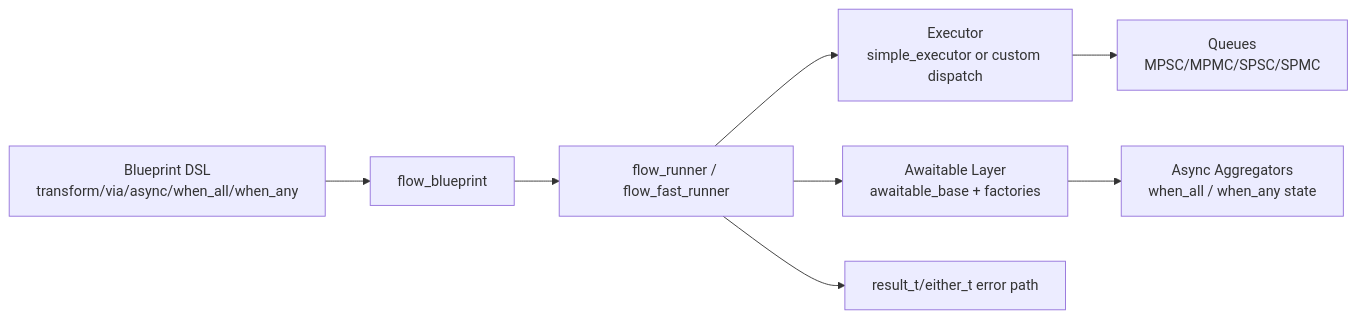
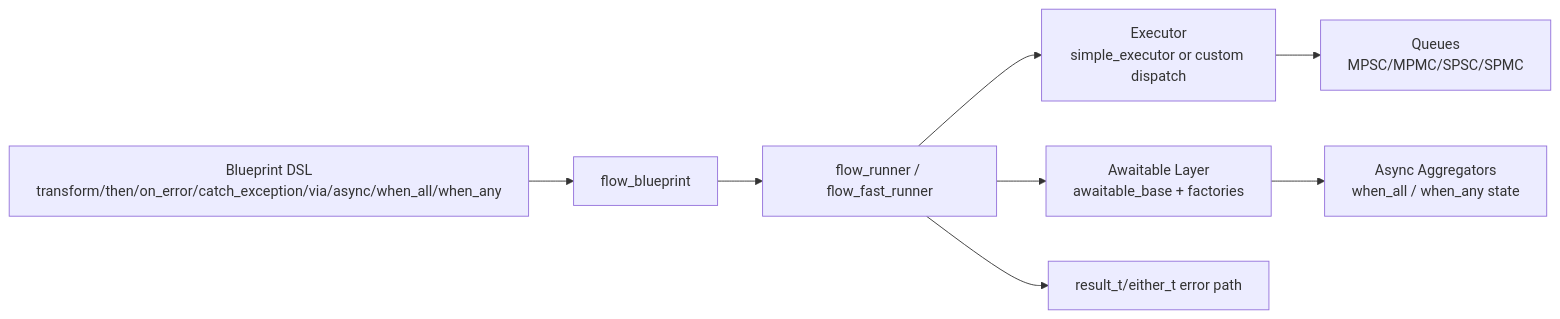
One commit to OtakuNathan/flux_foundry changed the diagram in README.md. Above: the diagram before and after it, drawn with Mermaid. The commit also changed other lines of this file and 7 other files, not shown here.

````diff
--- a/README.md
+++ b/README.md
@@ -96,10 +110,10 @@
 ```mermaid
 flowchart LR
-    A[Blueprint DSL<br/>transform/via/async/when_all/when_any] --> B[flow_blueprint]
+    A[Blueprint DSL<br/>transform/then/on_error/catch_exception/via/async/when_all/when_any] --> B[flow_blueprint]
     B --> C[flow_runner / flow_fast_runner]
     C --> D[Executor<br/>simple_executor or custom dispatch]
     C --> E[Awaitable Layer<br/>awaitable_base + factories]
     E --> F[Async Aggregators<br/>when_all / when_any state]
     C --> G[result_t/either_t error path]
     D --> H[Queues<br/>MPSC/MPMC/SPSC/SPMC]
 ```
````
